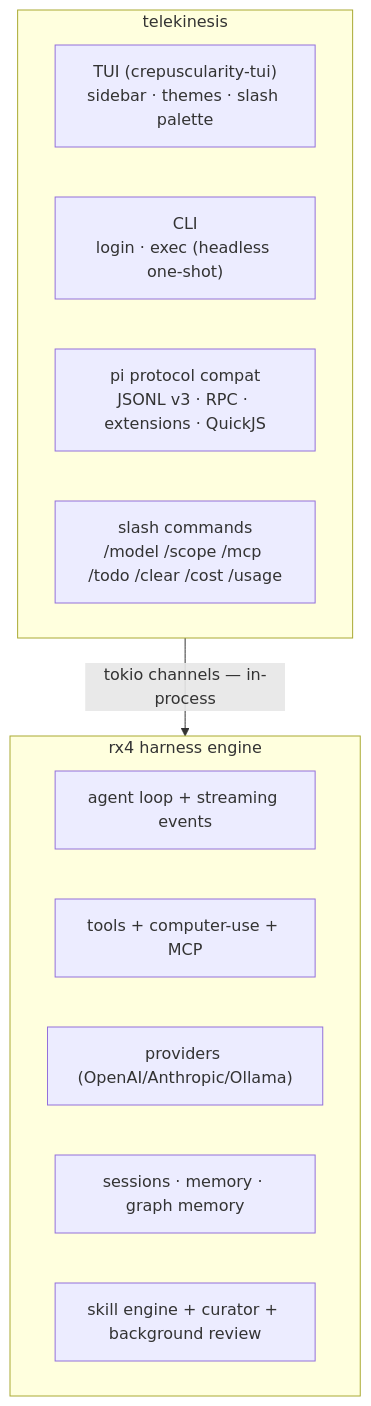
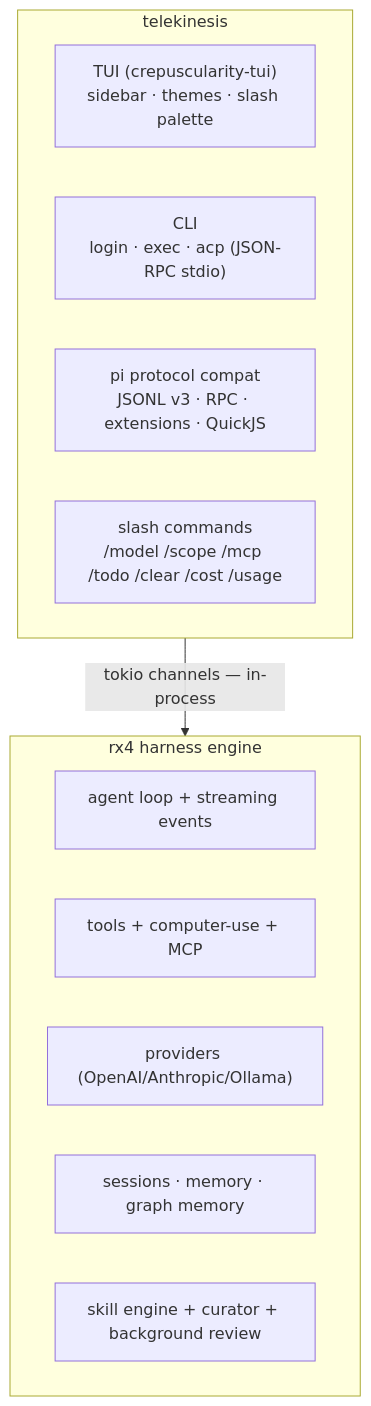
One commit to tschk/telekinesis changed the first of 3 diagrams in AGENTS.md. Above: the diagram before and after it, drawn with Mermaid. The commit also changed other lines of this file and 10 other files, not shown here.

First line of the commit message:
feat(tui): expose ACP JSON-RPC host as tk acp (#26)

````diff
--- a/AGENTS.md
+++ b/AGENTS.md
@@ -16,17 +17,17 @@
 ```mermaid
 flowchart TD
   subgraph TK["telekinesis"]
     TUI["TUI (crepuscularity-tui)<br/>sidebar · themes · slash palette"]
-    CLI["CLI<br/>login · exec (headless one-shot)"]
+    CLI["CLI<br/>login · exec · acp (JSON-RPC stdio)"]
     Pi["pi protocol compat<br/>JSONL v3 · RPC · extensions · QuickJS"]
     Slash["slash commands<br/>/model /scope /mcp /todo /clear /cost /usage"]
   end
   TK -->|"tokio channels — in-process"| RX4
   subgraph RX4["rx4 harness engine"]
     Loop["agent loop + streaming events"]
     Tools["tools + computer-use + MCP"]
     Prov["providers (OpenAI/Anthropic/Ollama)"]
     Sess["sessions · memory · graph memory"]
     Skills["skill engine + curator + background review"]
   end
 ```
````
